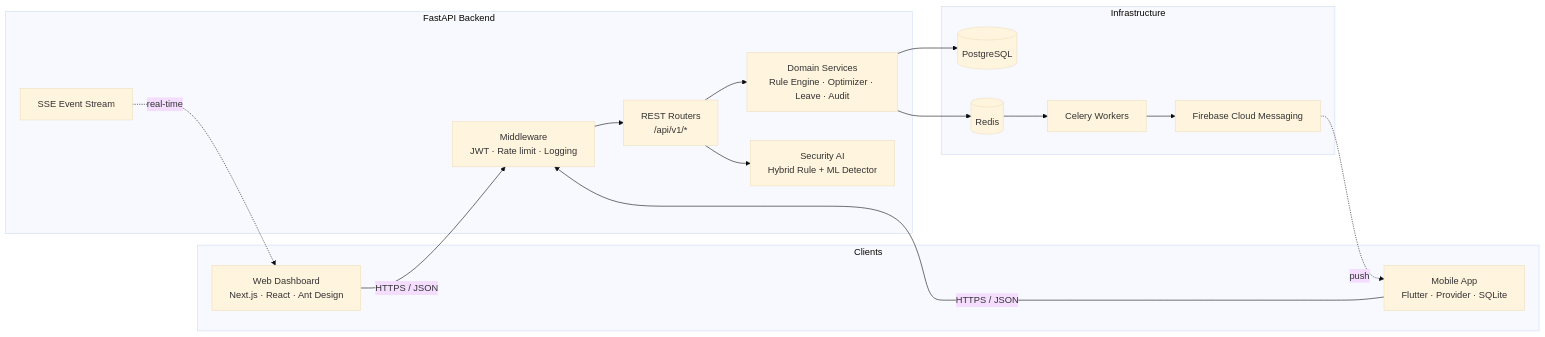
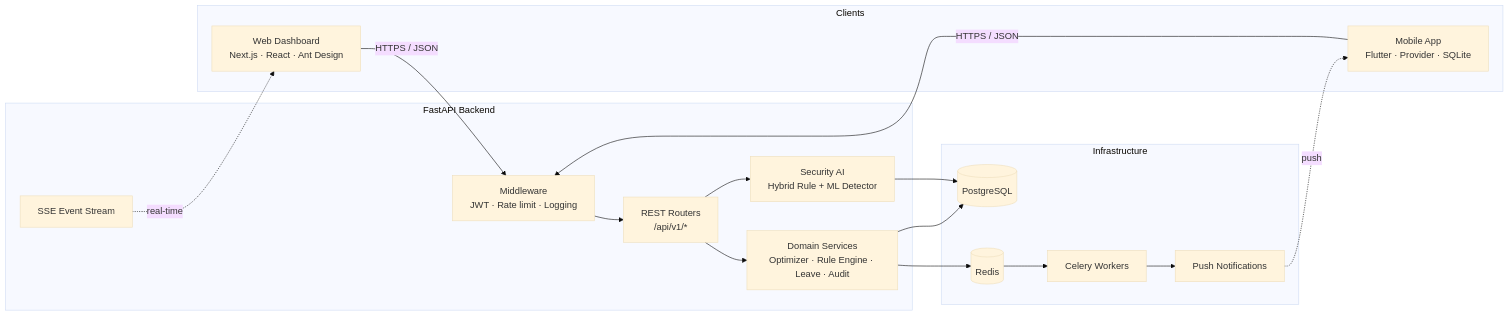
Before and after one commit to LordAurora/shift-planning-application: the second of 4 diagrams in README.md, drawn with Mermaid (base theme). The commit also changed other lines of this file and 15 other files, not shown here.

````diff
--- a/README.md
+++ b/README.md
@@ -114,30 +152,30 @@
 ```mermaid
 flowchart LR
     subgraph Clients
         W["Web Dashboard<br/>Next.js · React · Ant Design"]
         M["Mobile App<br/>Flutter · Provider · SQLite"]
     end
 
     subgraph Backend["FastAPI Backend"]
         MW["Middleware<br/>JWT · Rate limit · Logging"]
         R["REST Routers<br/>/api/v1/*"]
-        D["Domain Services<br/>Rule Engine · Optimizer · Leave · Audit"]
+        D["Domain Services<br/>Optimizer · Rule Engine · Leave · Audit"]
         S["Security AI<br/>Hybrid Rule + ML Detector"]
         E["SSE Event Stream"]
     end
 
     subgraph Infra["Infrastructure"]
         DB[("PostgreSQL")]
         Q[("Redis")]
         C["Celery Workers"]
-        F["Firebase Cloud Messaging"]
+        F["Push Notifications"]
     end
 
     W -- "HTTPS / JSON" --> MW
     M -- "HTTPS / JSON" --> MW
     MW --> R --> D --> DB
-    R --> S
+    R --> S --> DB
     E -. "real-time" .-> W
     D --> Q --> C
     C --> F -. "push" .-> M
 ```
````
